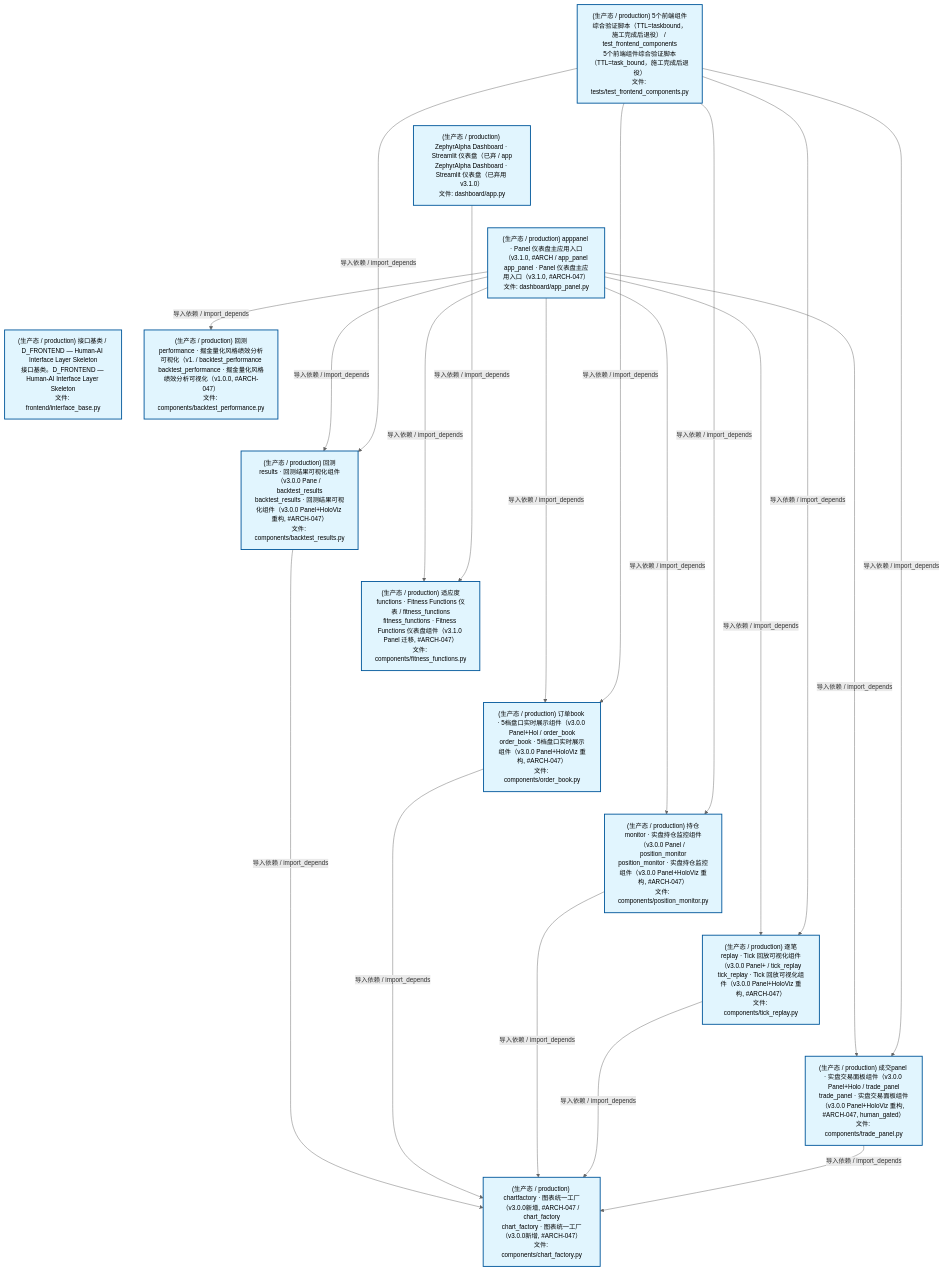
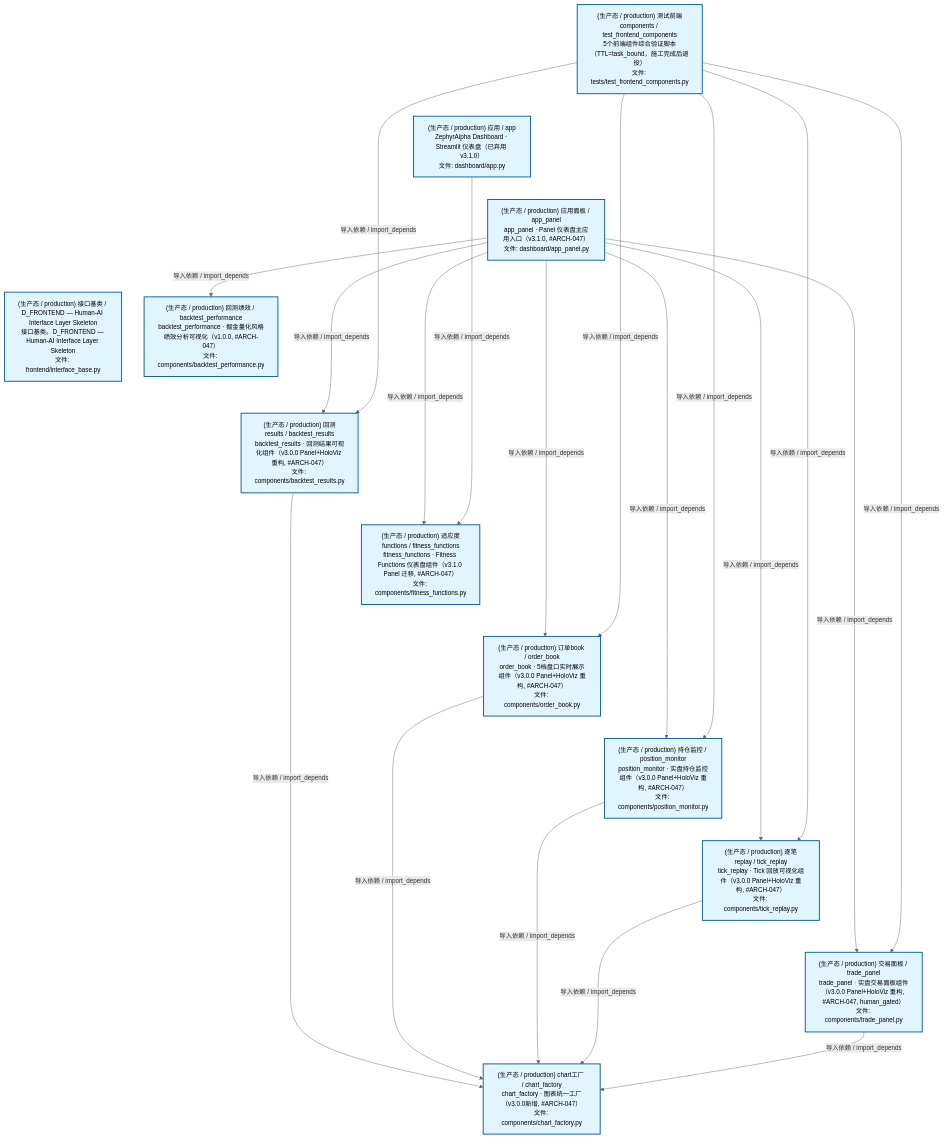
One commit to xuanFelixVan/ZephyrAlpha changed the second of 4 diagrams in docs/02_enterprise_architecture/02_domain_architecture_docs/47_d_frontend.md. Above: the diagram before and after it, drawn with Mermaid. The commit also changed other lines of this file and 50 other files, not shown here.

````diff
--- a/docs/02_enterprise_architecture/02_domain_architecture_docs/47_d_frontend.md
+++ b/docs/02_enterprise_architecture/02_domain_architecture_docs/47_d_frontend.md
@@ -124,48 +124,48 @@
 ```mermaid
 %%{init: {'theme': 'base', 'themeVariables': {'primaryColor': '#eaeaea', 'primaryTextColor': '#333333', 'primaryBorderColor': '#666666', 'lineColor': '#666666', 'secondaryColor': '#eaeaea', 'tertiaryColor': '#eaeaea', 'fontSize': '14px'}}}%%
 flowchart TD
-    scripts_tests_test_frontend_components_py["(生产态 / production) 5个前端组件综合验证脚本（TTL=taskbound，施工完成后退役） / test_frontend_components<br/>5个前端组件综合验证脚本（TTL=task_bound，施工完成后退役）<br/>文件: tests/test_frontend_components.py"]
-    src_zephyr_frontend_dashboard_app_py["(生产态 / production) ZephyrAlpha Dashboard · Streamlit 仪表盘（已弃 / app<br/>ZephyrAlpha Dashboard · Streamlit 仪表盘（已弃用 v3.1.0）<br/>文件: dashboard/app.py"]
-    src_zephyr_frontend_dashboard_app_panel_py["(生产态 / production) apppanel · Panel 仪表盘主应用入口（v3.1.0, #ARCH / app_panel<br/>app_panel · Panel 仪表盘主应用入口（v3.1.0, #ARCH-047）<br/>文件: dashboard/app_panel.py"]
+    scripts_tests_test_frontend_components_py["(生产态 / production) 测试前端components / test_frontend_components<br/>5个前端组件综合验证脚本（TTL=task_bound，施工完成后退役）<br/>文件: tests/test_frontend_components.py"]
+    src_zephyr_frontend_dashboard_app_py["(生产态 / production) 应用 / app<br/>ZephyrAlpha Dashboard · Streamlit 仪表盘（已弃用 v3.1.0）<br/>文件: dashboard/app.py"]
+    src_zephyr_frontend_dashboard_app_panel_py["(生产态 / production) 应用面板 / app_panel<br/>app_panel · Panel 仪表盘主应用入口（v3.1.0, #ARCH-047）<br/>文件: dashboard/app_panel.py"]
     src_zephyr_frontend_interface_base_py["(生产态 / production) 接口基类 / D_FRONTEND — Human-AI Interface Layer Skeleton<br/>接口基类。D_FRONTEND — Human-AI Interface Layer Skeleton<br/>文件: frontend/interface_base.py"]
     scripts_tests_test_frontend_components_py ~~~ src_zephyr_frontend_dashboard_app_py
     src_zephyr_frontend_dashboard_app_py ~~~ src_zephyr_frontend_dashboard_app_panel_py
     src_zephyr_frontend_dashboard_app_panel_py ~~~ src_zephyr_frontend_interface_base_py
-    src_zephyr_frontend_dashboard_components_backtest_performance_py["(生产态 / production) 回测performance · 掘金量化风格绩效分析可视化（v1. / backtest_performance<br/>backtest_performance · 掘金量化风格绩效分析可视化（v1.0.0, #ARCH-047）<br/>文件: components/backtest_performance.py"]
-    src_zephyr_frontend_dashboard_components_backtest_results_py["(生产态 / production) 回测results · 回测结果可视化组件（v3.0.0 Pane / backtest_results<br/>backtest_results · 回测结果可视化组件（v3.0.0 Panel+HoloViz 重构, #ARCH-047）<br/>文件: components/backtest_results.py"]
-    src_zephyr_frontend_dashboard_components_fitness_functions_py["(生产态 / production) 适应度functions · Fitness Functions 仪表 / fitness_functions<br/>fitness_functions · Fitness Functions 仪表盘组件（v3.1.0 Panel 迁移, #ARCH-047）<br/>文件: components/fitness_functions.py"]
-    src_zephyr_frontend_dashboard_components_order_book_py["(生产态 / production) 订单book · 5档盘口实时展示组件（v3.0.0 Panel+Hol / order_book<br/>order_book · 5档盘口实时展示组件（v3.0.0 Panel+HoloViz 重构, #ARCH-047）<br/>文件: components/order_book.py"]
-    src_zephyr_frontend_dashboard_components_position_monitor_py["(生产态 / production) 持仓monitor · 实盘持仓监控组件（v3.0.0 Panel / position_monitor<br/>position_monitor · 实盘持仓监控组件（v3.0.0 Panel+HoloViz 重构, #ARCH-047）<br/>文件: components/position_monitor.py"]
-    src_zephyr_frontend_dashboard_components_tick_replay_py["(生产态 / production) 逐笔replay · Tick 回放可视化组件（v3.0.0 Panel+ / tick_replay<br/>tick_replay · Tick 回放可视化组件（v3.0.0 Panel+HoloViz 重构, #ARCH-047）<br/>文件: components/tick_replay.py"]
-    src_zephyr_frontend_dashboard_components_trade_panel_py["(生产态 / production) 成交panel · 实盘交易面板组件（v3.0.0 Panel+Holo / trade_panel<br/>trade_panel · 实盘交易面板组件（v3.0.0 Panel+HoloViz 重构, #ARCH-047, human_gated）<br/>文件: components/trade_panel.py"]
+    src_zephyr_frontend_dashboard_components_backtest_performance_py["(生产态 / production) 回测绩效 / backtest_performance<br/>backtest_performance · 掘金量化风格绩效分析可视化（v1.0.0, #ARCH-047）<br/>文件: components/backtest_performance.py"]
+    src_zephyr_frontend_dashboard_components_backtest_results_py["(生产态 / production) 回测results / backtest_results<br/>backtest_results · 回测结果可视化组件（v3.0.0 Panel+HoloViz 重构, #ARCH-047）<br/>文件: components/backtest_results.py"]
+    src_zephyr_frontend_dashboard_components_fitness_functions_py["(生产态 / production) 适应度functions / fitness_functions<br/>fitness_functions · Fitness Functions 仪表盘组件（v3.1.0 Panel 迁移, #ARCH-047）<br/>文件: components/fitness_functions.py"]
+    src_zephyr_frontend_dashboard_components_order_book_py["(生产态 / production) 订单book / order_book<br/>order_book · 5档盘口实时展示组件（v3.0.0 Panel+HoloViz 重构, #ARCH-047）<br/>文件: components/order_book.py"]
+    src_zephyr_frontend_dashboard_components_position_monitor_py["(生产态 / production) 持仓监控 / position_monitor<br/>position_monitor · 实盘持仓监控组件（v3.0.0 Panel+HoloViz 重构, #ARCH-047）<br/>文件: components/position_monitor.py"]
+    src_zephyr_frontend_dashboard_components_tick_replay_py["(生产态 / production) 逐笔replay / tick_replay<br/>tick_replay · Tick 回放可视化组件（v3.0.0 Panel+HoloViz 重构, #ARCH-047）<br/>文件: components/tick_replay.py"]
+    src_zephyr_frontend_dashboard_components_trade_panel_py["(生产态 / production) 交易面板 / trade_panel<br/>trade_panel · 实盘交易面板组件（v3.0.0 Panel+HoloViz 重构, #ARCH-047, human_gated）<br/>文件: components/trade_panel.py"]
     src_zephyr_frontend_dashboard_components_backtest_performance_py ~~~ src_zephyr_frontend_dashboard_components_backtest_results_py
     src_zephyr_frontend_dashboard_components_backtest_results_py ~~~ src_zephyr_frontend_dashboard_components_fitness_functions_py
     src_zephyr_frontend_dashboard_components_fitness_functions_py ~~~ src_zephyr_frontend_dashboard_components_order_book_py
     src_zephyr_frontend_dashboard_components_order_book_py ~~~ src_zephyr_frontend_dashboard_components_position_monitor_py
     src_zephyr_frontend_dashboard_components_position_monitor_py ~~~ src_zephyr_frontend_dashboard_components_tick_replay_py
     src_zephyr_frontend_dashboard_components_tick_replay_py ~~~ src_zephyr_frontend_dashboard_components_trade_panel_py
-    src_zephyr_frontend_dashboard_components_chart_factory_py["(生产态 / production) chartfactory · 图表统一工厂（v3.0.0新增, #ARCH-047 / chart_factory<br/>chart_factory · 图表统一工厂（v3.0.0新增, #ARCH-047）<br/>文件: components/chart_factory.py"]
+    src_zephyr_frontend_dashboard_components_chart_factory_py["(生产态 / production) chart工厂 / chart_factory<br/>chart_factory · 图表统一工厂（v3.0.0新增, #ARCH-047）<br/>文件: components/chart_factory.py"]
     src_zephyr_frontend_dashboard_app_panel_py -->|导入依赖 / import_depends| src_zephyr_frontend_dashboard_components_backtest_results_py
     src_zephyr_frontend_dashboard_app_panel_py -->|导入依赖 / import_depends| src_zephyr_frontend_dashboard_components_fitness_functions_py
     src_zephyr_frontend_dashboard_app_panel_py -->|导入依赖 / import_depends| src_zephyr_frontend_dashboard_components_backtest_performance_py
     src_zephyr_frontend_dashboard_app_panel_py -->|导入依赖 / import_depends| src_zephyr_frontend_dashboard_components_order_book_py
     src_zephyr_frontend_dashboard_app_panel_py -->|导入依赖 / import_depends| src_zephyr_frontend_dashboard_components_position_monitor_py
     src_zephyr_frontend_dashboard_app_panel_py -->|导入依赖 / import_depends| src_zephyr_frontend_dashboard_components_tick_replay_py
     src_zephyr_frontend_dashboard_app_panel_py -->|导入依赖 / import_depends| src_zephyr_frontend_dashboard_components_trade_panel_py
     src_zephyr_frontend_dashboard_components_backtest_results_py -->|导入依赖 / import_depends| src_zephyr_frontend_dashboard_components_chart_factory_py
     src_zephyr_frontend_dashboard_app_py -->|导入依赖 / import_depends| src_zephyr_frontend_dashboard_components_fitness_functions_py
     src_zephyr_frontend_dashboard_components_order_book_py -->|导入依赖 / import_depends| src_zephyr_frontend_dashboard_components_chart_factory_py
     src_zephyr_frontend_dashboard_components_position_monitor_py -->|导入依赖 / import_depends| src_zephyr_frontend_dashboard_components_chart_factory_py
     src_zephyr_frontend_dashboard_components_tick_replay_py -->|导入依赖 / import_depends| src_zephyr_frontend_dashboard_components_chart_factory_py
     src_zephyr_frontend_dashboard_components_trade_panel_py -->|导入依赖 / import_depends| src_zephyr_frontend_dashboard_components_chart_factory_py
     scripts_tests_test_frontend_components_py -->|导入依赖 / import_depends| src_zephyr_frontend_dashboard_components_backtest_results_py
     scripts_tests_test_frontend_components_py -->|导入依赖 / import_depends| src_zephyr_frontend_dashboard_components_order_book_py
     scripts_tests_test_frontend_components_py -->|导入依赖 / import_depends| src_zephyr_frontend_dashboard_components_position_monitor_py
     scripts_tests_test_frontend_components_py -->|导入依赖 / import_depends| src_zephyr_frontend_dashboard_components_tick_replay_py
     scripts_tests_test_frontend_components_py -->|导入依赖 / import_depends| src_zephyr_frontend_dashboard_components_trade_panel_py
     classDef production fill:#e1f5fe,stroke:#01579b,stroke-width:2px,color:#000
     classDef design fill:#fff3e0,stroke:#e65100,stroke-width:2px,color:#000,stroke-dasharray: 5 5
     classDef external_prod fill:#e8f4fd,stroke:#0277bd,stroke-width:1px,color:#000
     classDef external_design fill:#fff8e7,stroke:#ef6c00,stroke-width:1px,color:#000,stroke-dasharray: 5 5
     class scripts_tests_test_frontend_components_py,src_zephyr_frontend_dashboard_app_py,src_zephyr_frontend_dashboard_app_panel_py,src_zephyr_frontend_dashboard_components_backtest_performance_py,src_zephyr_frontend_dashboard_components_backtest_results_py,src_zephyr_frontend_dashboard_components_chart_factory_py,src_zephyr_frontend_dashboard_components_fitness_functions_py,src_zephyr_frontend_dashboard_components_order_book_py,src_zephyr_frontend_dashboard_components_position_monitor_py,src_zephyr_frontend_dashboard_components_tick_replay_py,src_zephyr_frontend_dashboard_components_trade_panel_py,src_zephyr_frontend_interface_base_py production
 ```
````
